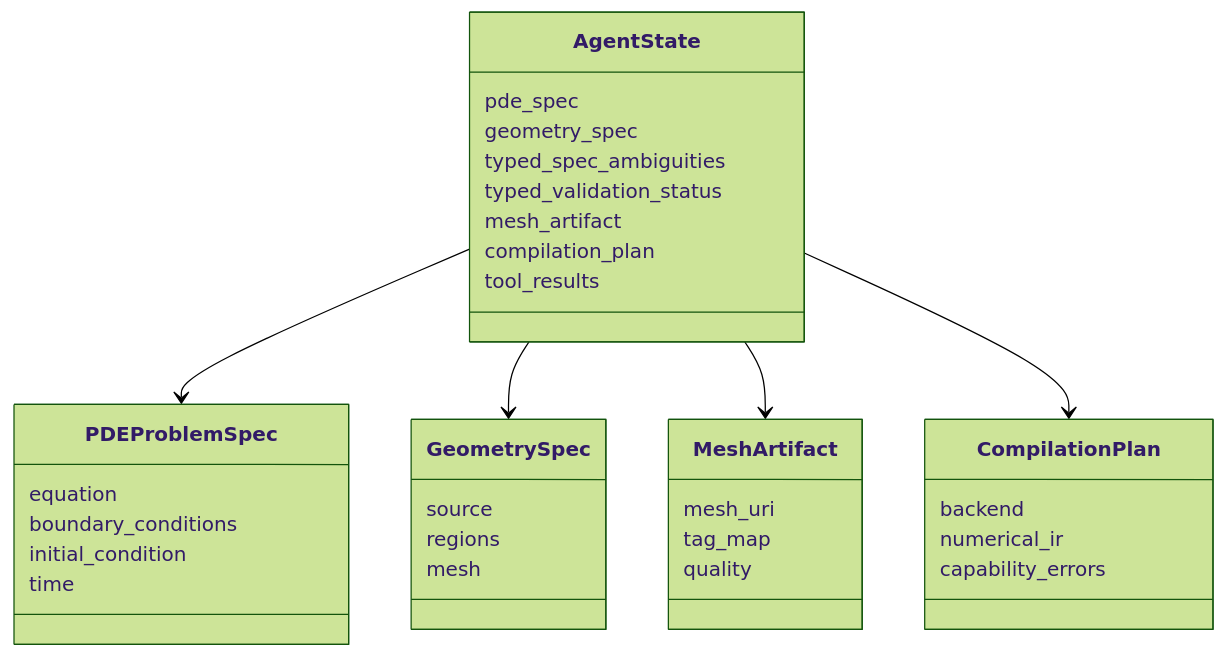
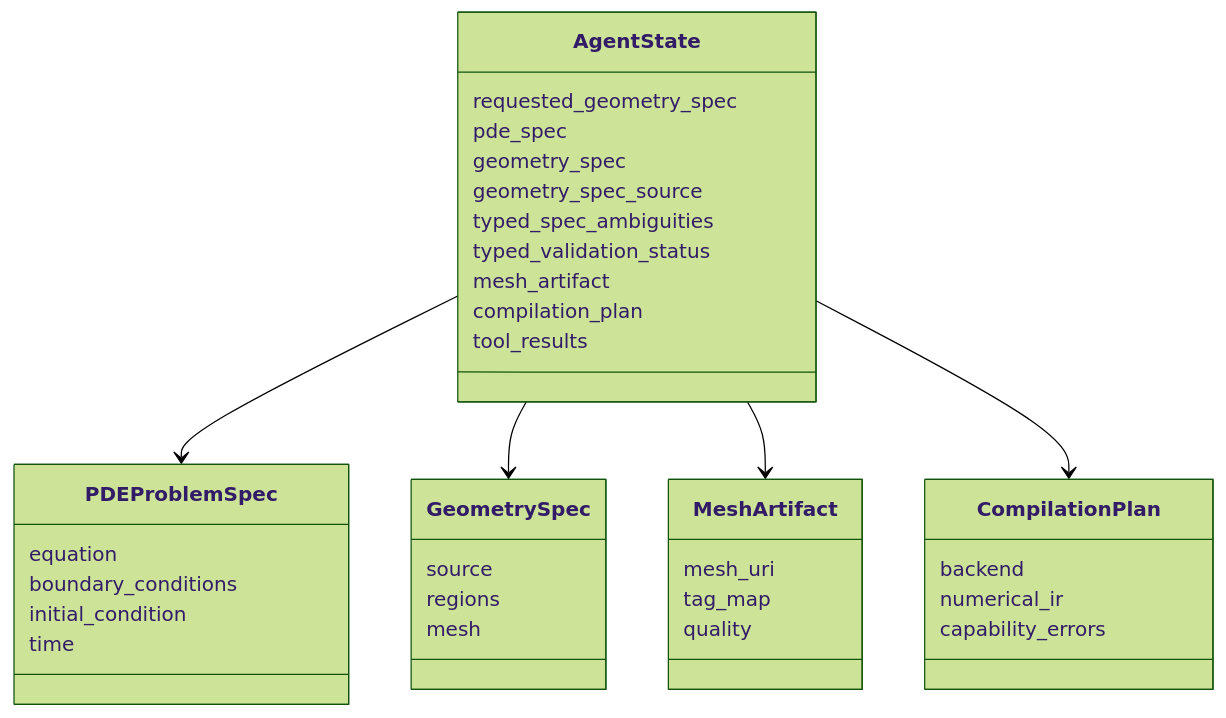
One commit to RadmirG/AES changed the fourth of 10 diagrams in langgraph/architecture.md. Above: the diagram before and after it, drawn with Mermaid (forest theme). The commit also changed other lines of this file and 20 other files, not shown here.

````diff
--- a/langgraph/architecture.md
+++ b/langgraph/architecture.md
@@ -154,37 +155,39 @@
 ```mermaid
 classDiagram
     class AgentState {
+        requested_geometry_spec
         pde_spec
         geometry_spec
+        geometry_spec_source
         typed_spec_ambiguities
         typed_validation_status
         mesh_artifact
         compilation_plan
         tool_results
     }
     class PDEProblemSpec {
         equation
         boundary_conditions
         initial_condition
         time
     }
     class GeometrySpec {
         source
         regions
         mesh
     }
     class MeshArtifact {
         mesh_uri
         tag_map
         quality
     }
     class CompilationPlan {
         backend
         numerical_ir
         capability_errors
     }
     AgentState --> PDEProblemSpec
     AgentState --> GeometrySpec
     AgentState --> MeshArtifact
     AgentState --> CompilationPlan
 ```
````
